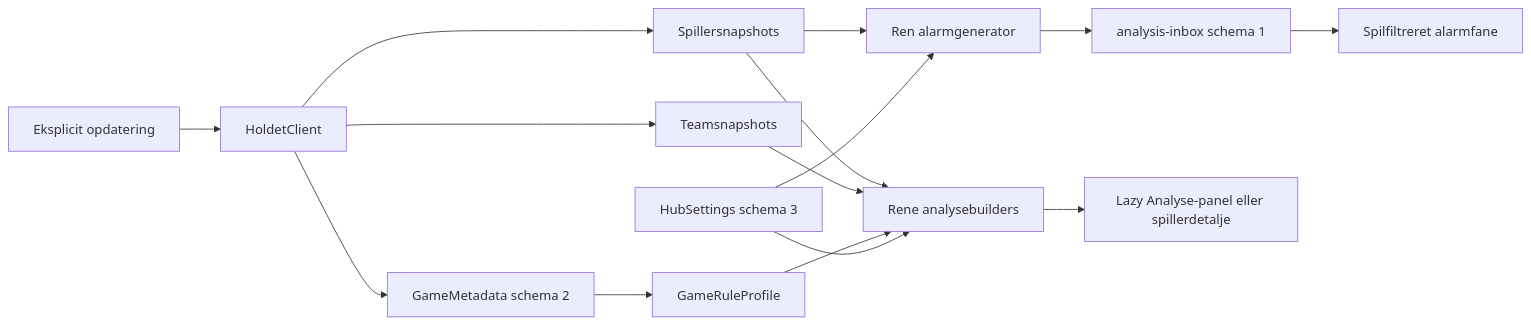
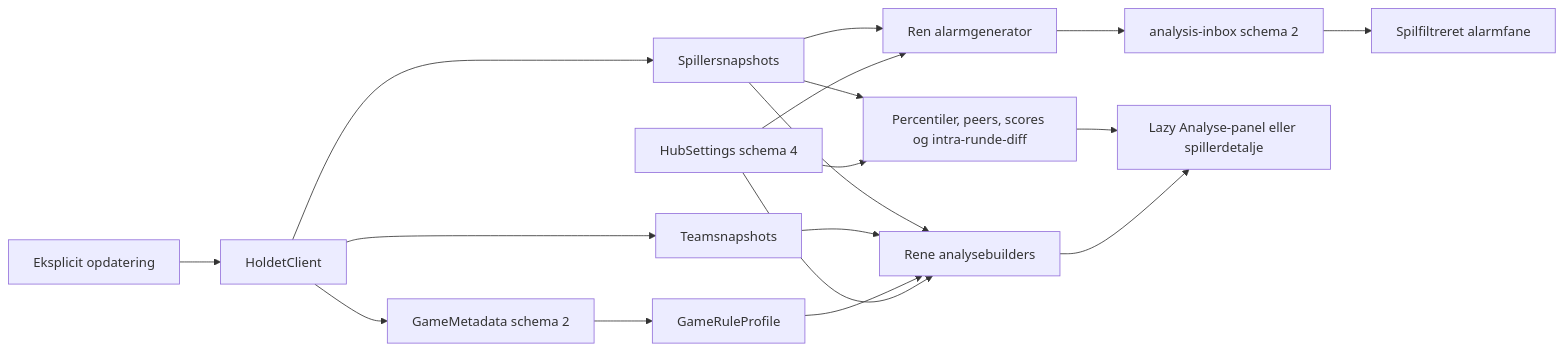
The diagram in docs/decision-analysis.md (Peter537/holdet-fantasy-hub), drawn with Mermaid before and after one commit. The commit also changed other lines of this file and 43 other files, not shown here.

````diff
--- a/docs/decision-analysis.md
+++ b/docs/decision-analysis.md
@@ -56,17 +68,20 @@
 ```mermaid
 flowchart LR
     Click["Eksplicit opdatering"] --> Client["HoldetClient"]
     Client --> Metadata["GameMetadata schema 2"]
     Client --> Players["Spillersnapshots"]
     Client --> Teams["Teamsnapshots"]
     Players --> Alerts["Ren alarmgenerator"]
-    Settings["HubSettings schema 3"] --> Alerts
-    Alerts --> Inbox["analysis-inbox schema 1"]
+    Settings["HubSettings schema 4"] --> Alerts
+    Alerts --> Inbox["analysis-inbox schema 2"]
     Metadata --> Rules["GameRuleProfile"]
     Players --> Builders["Rene analysebuilders"]
     Teams --> Builders
     Rules --> Builders
     Settings --> Builders
+    Players --> Scouting["Percentiler, peers, scores og intra-runde-diff"]
+    Settings --> Scouting
+    Scouting --> UI
     Builders --> UI["Lazy Analyse-panel eller spillerdetalje"]
     Inbox --> AlarmUI["Spilfiltreret alarmfane"]
 ```
````
